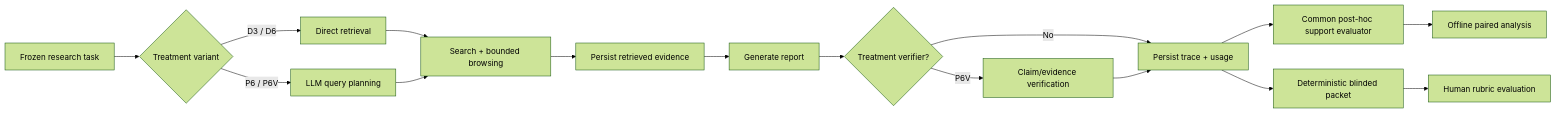
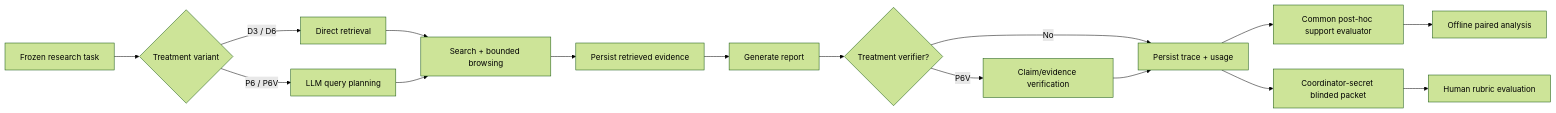
One commit to anupamking01/Ai-Researcher-Agent changed the diagram in README.md. Above: the diagram before and after it, drawn with Mermaid (forest theme). The commit also changed other lines of this file and 4 other files, not shown here.

````diff
--- a/README.md
+++ b/README.md
@@ -51,18 +51,18 @@
 ```mermaid
 flowchart LR
     T[Frozen research task] --> V{Treatment variant}
     V -->|D3 / D6| DIRECT[Direct retrieval]
     V -->|P6 / P6V| PLAN[LLM query planning]
     DIRECT --> WEB[Search + bounded browsing]
     PLAN --> WEB
     WEB --> EVIDENCE[Persist retrieved evidence]
     EVIDENCE --> REPORT[Generate report]
     REPORT --> VERIFY{Treatment verifier?}
     VERIFY -->|P6V| VCHECK[Claim/evidence verification]
     VERIFY -->|No| TRACE[Persist trace + usage]
     VCHECK --> TRACE
     TRACE --> COMMON[Common post-hoc support evaluator]
     COMMON --> ANALYSIS[Offline paired analysis]
-    TRACE --> BLIND[Deterministic blinded packet]
+    TRACE --> BLIND[Coordinator-secret blinded packet]
     BLIND --> HUMAN[Human rubric evaluation]
 ```
````
